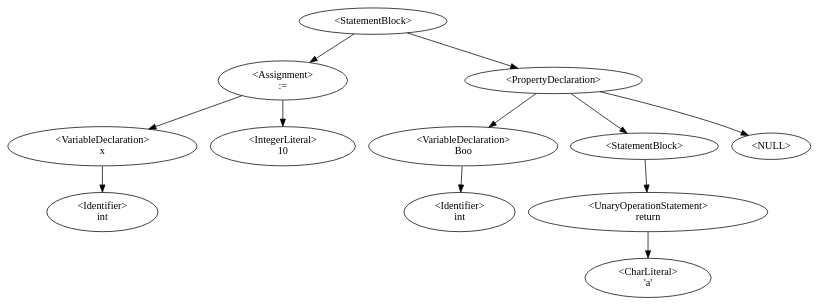
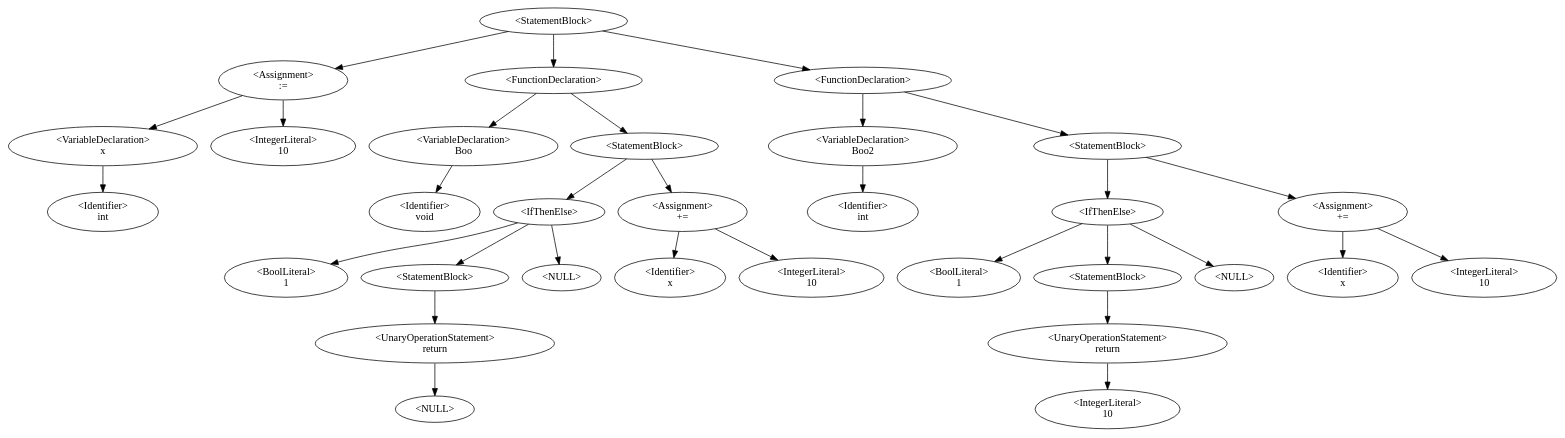
Before and after one commit to QazmoQwerty/dino: the diagram in Dino/Dino/AstDisplay.gv, drawn with Graphviz. The commit also changed 3 other files, not shown here.

```diff
--- a/Dino/Dino/AstDisplay.gv
+++ b/Dino/Dino/AstDisplay.gv
@@ -1,13 +1,30 @@
 digraph G {
-0 [label="<StatementBlock>"];0->3;0->7;
+0 [label="<StatementBlock>"];0->3;0->7;0->18;
 3 [label="<Assignment>\n:="];3->2;3->4;
 2 [label="<VariableDeclaration>\nx"];2->1;
 1 [label="<Identifier>\nint"];
 4 [label="<IntegerLiteral>\n10"];
-7 [label="<PropertyDeclaration>"];7->6;7->8;7->-1;-1 [label="<NULL>"];
+7 [label="<FunctionDeclaration>\n"];7->6;7->8;
 6 [label="<VariableDeclaration>\nBoo"];6->5;
-5 [label="<Identifier>\nint"];
-8 [label="<StatementBlock>"];8->9;
-9 [label="<UnaryOperationStatement>\nreturn"];9->10;
-10 [label="<CharLiteral>\n'a'"];
+5 [label="<Identifier>\nvoid"];
+8 [label="<StatementBlock>"];8->9;8->14;
+9 [label="<IfThenElse>"];9->10;9->11;9->-1;-1 [label="<NULL>"];
+10 [label="<BoolLiteral>\n1"];
+11 [label="<StatementBlock>"];11->12;
+12 [label="<UnaryOperationStatement>\nreturn"];12->-2;-2 [label="<NULL>"];
+14 [label="<Assignment>\n+="];14->13;14->15;
+13 [label="<Identifier>\nx"];
+15 [label="<IntegerLiteral>\n10"];
+18 [label="<FunctionDeclaration>\n"];18->17;18->19;
+17 [label="<VariableDeclaration>\nBoo2"];17->16;
+16 [label="<Identifier>\nint"];
+19 [label="<StatementBlock>"];19->20;19->26;
+20 [label="<IfThenElse>"];20->21;20->22;20->-3;-3 [label="<NULL>"];
+21 [label="<BoolLiteral>\n1"];
+22 [label="<StatementBlock>"];22->23;
+23 [label="<UnaryOperationStatement>\nreturn"];23->24;
+24 [label="<IntegerLiteral>\n10"];
+26 [label="<Assignment>\n+="];26->25;26->27;
+25 [label="<Identifier>\nx"];
+27 [label="<IntegerLiteral>\n10"];
 }
```
